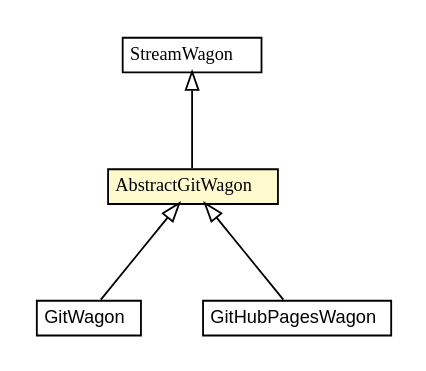
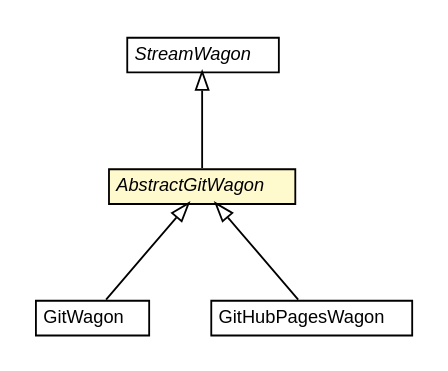
One commit to trajano/wagon-git changed the diagram in apidocs/net/trajano/wagon/git/internal/AbstractGitWagon.dot. Above: the diagram before and after it, drawn with Graphviz. The commit also changed 117 other files, not shown here.

Commit message:
wagon-git commit

```diff
--- a/apidocs/net/trajano/wagon/git/internal/AbstractGitWagon.dot
+++ b/apidocs/net/trajano/wagon/git/internal/AbstractGitWagon.dot
@@ -1,42 +1,42 @@
 #!/usr/local/bin/dot
 #
 # Class diagram 
 # Generated by UMLGraph version R5_6-24-gf6e263 (http://www.umlgraph.org/)
 #
 
 digraph G {
-	edge [fontname="arial",fontsize=10,labelfontname="arial",labelfontsize=10];
-	node [fontname="arial",fontsize=10,shape=plaintext];
+	edge [fontname="Helvetica",fontsize=10,labelfontname="Helvetica",labelfontsize=10];
+	node [fontname="Helvetica",fontsize=10,shape=plaintext];
 	nodesep=0.25;
 	ranksep=0.5;
 	// net.trajano.wagon.git.GitWagon
 	c13 [label=<<table title="net.trajano.wagon.git.GitWagon" border="0" cellborder="1" cellspacing="0" cellpadding="2" port="p" href="../GitWagon.html">
 		<tr><td><table border="0" cellspacing="0" cellpadding="1">
 <tr><td align="center" balign="center"> GitWagon </td></tr>
 		</table></td></tr>
-		</table>>, URL="../GitWagon.html", fontname="arial", fontcolor="black", fontsize=10.0];
+		</table>>, URL="../GitWagon.html", fontname="Helvetica", fontcolor="black", fontsize=10.0];
 	// net.trajano.wagon.git.GitHubPagesWagon
 	c15 [label=<<table title="net.trajano.wagon.git.GitHubPagesWagon" border="0" cellborder="1" cellspacing="0" cellpadding="2" port="p" href="../GitHubPagesWagon.html">
 		<tr><td><table border="0" cellspacing="0" cellpadding="1">
 <tr><td align="center" balign="center"> GitHubPagesWagon </td></tr>
 		</table></td></tr>
-		</table>>, URL="../GitHubPagesWagon.html", fontname="arial", fontcolor="black", fontsize=10.0];
+		</table>>, URL="../GitHubPagesWagon.html", fontname="Helvetica", fontcolor="black", fontsize=10.0];
 	// net.trajano.wagon.git.internal.AbstractGitWagon
-	c21 [label=<<table title="net.trajano.wagon.git.internal.AbstractGitWagon" border="0" cellborder="1" cellspacing="0" cellpadding="2" port="p" bgcolor="lemonChiffon" href="./AbstractGitWagon.html">
+	c19 [label=<<table title="net.trajano.wagon.git.internal.AbstractGitWagon" border="0" cellborder="1" cellspacing="0" cellpadding="2" port="p" bgcolor="lemonChiffon" href="./AbstractGitWagon.html">
 		<tr><td><table border="0" cellspacing="0" cellpadding="1">
-<tr><td align="center" balign="center"><font face="arial italic"> AbstractGitWagon </font></td></tr>
+<tr><td align="center" balign="center"><font face="Helvetica-Oblique"> AbstractGitWagon </font></td></tr>
 		</table></td></tr>
-		</table>>, URL="./AbstractGitWagon.html", fontname="arial", fontcolor="black", fontsize=10.0];
+		</table>>, URL="./AbstractGitWagon.html", fontname="Helvetica", fontcolor="black", fontsize=10.0];
 	//net.trajano.wagon.git.GitWagon extends net.trajano.wagon.git.internal.AbstractGitWagon
-	c21:p -> c13:p [dir=back,arrowtail=empty];
+	c19:p -> c13:p [dir=back,arrowtail=empty];
 	//net.trajano.wagon.git.GitHubPagesWagon extends net.trajano.wagon.git.internal.AbstractGitWagon
-	c21:p -> c15:p [dir=back,arrowtail=empty];
+	c19:p -> c15:p [dir=back,arrowtail=empty];
 	//net.trajano.wagon.git.internal.AbstractGitWagon extends org.apache.maven.wagon.StreamWagon
-	c24:p -> c21:p [dir=back,arrowtail=empty];
+	c24:p -> c19:p [dir=back,arrowtail=empty];
 	// org.apache.maven.wagon.StreamWagon
 	c24 [label=<<table title="org.apache.maven.wagon.StreamWagon" border="0" cellborder="1" cellspacing="0" cellpadding="2" port="p" href="http://java.sun.com/j2se/1.4.2/docs/api/org/apache/maven/wagon/StreamWagon.html">
 		<tr><td><table border="0" cellspacing="0" cellpadding="1">
-<tr><td align="center" balign="center"><font face="arial italic"> StreamWagon </font></td></tr>
+<tr><td align="center" balign="center"><font face="Helvetica-Oblique"> StreamWagon </font></td></tr>
 		</table></td></tr>
-		</table>>, URL="http://java.sun.com/j2se/1.4.2/docs/api/org/apache/maven/wagon/StreamWagon.html", fontname="arial", fontcolor="black", fontsize=10.0];
+		</table>>, URL="http://java.sun.com/j2se/1.4.2/docs/api/org/apache/maven/wagon/StreamWagon.html", fontname="Helvetica", fontcolor="black", fontsize=10.0];
 }
```
